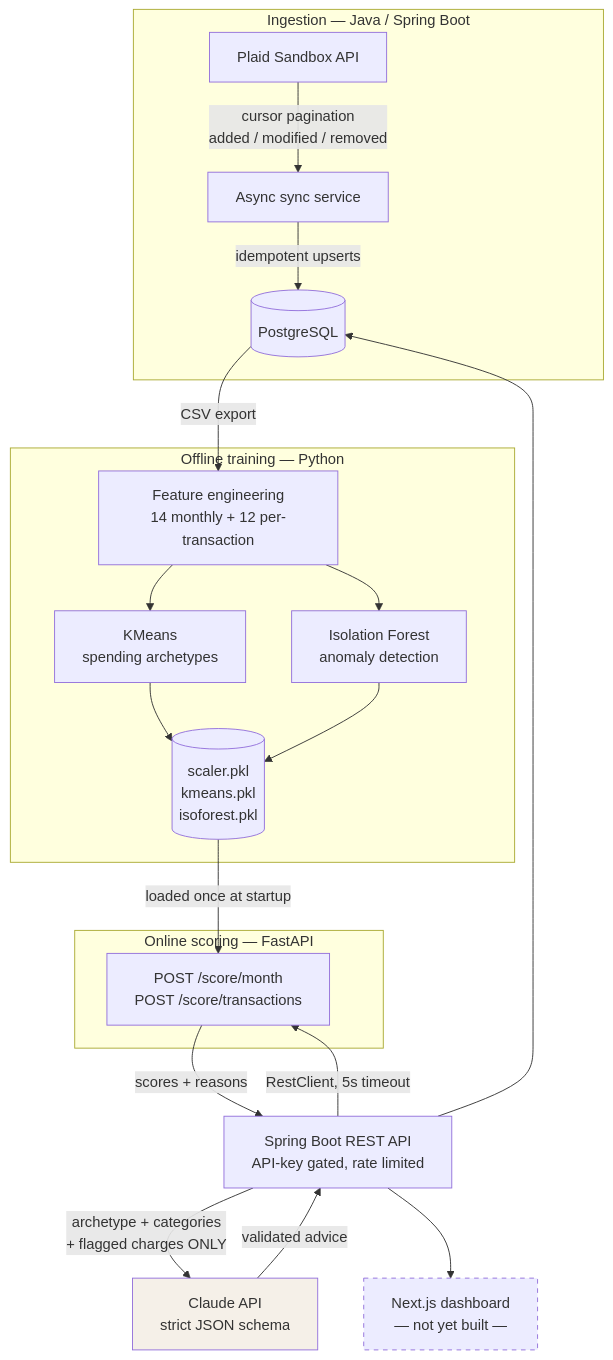
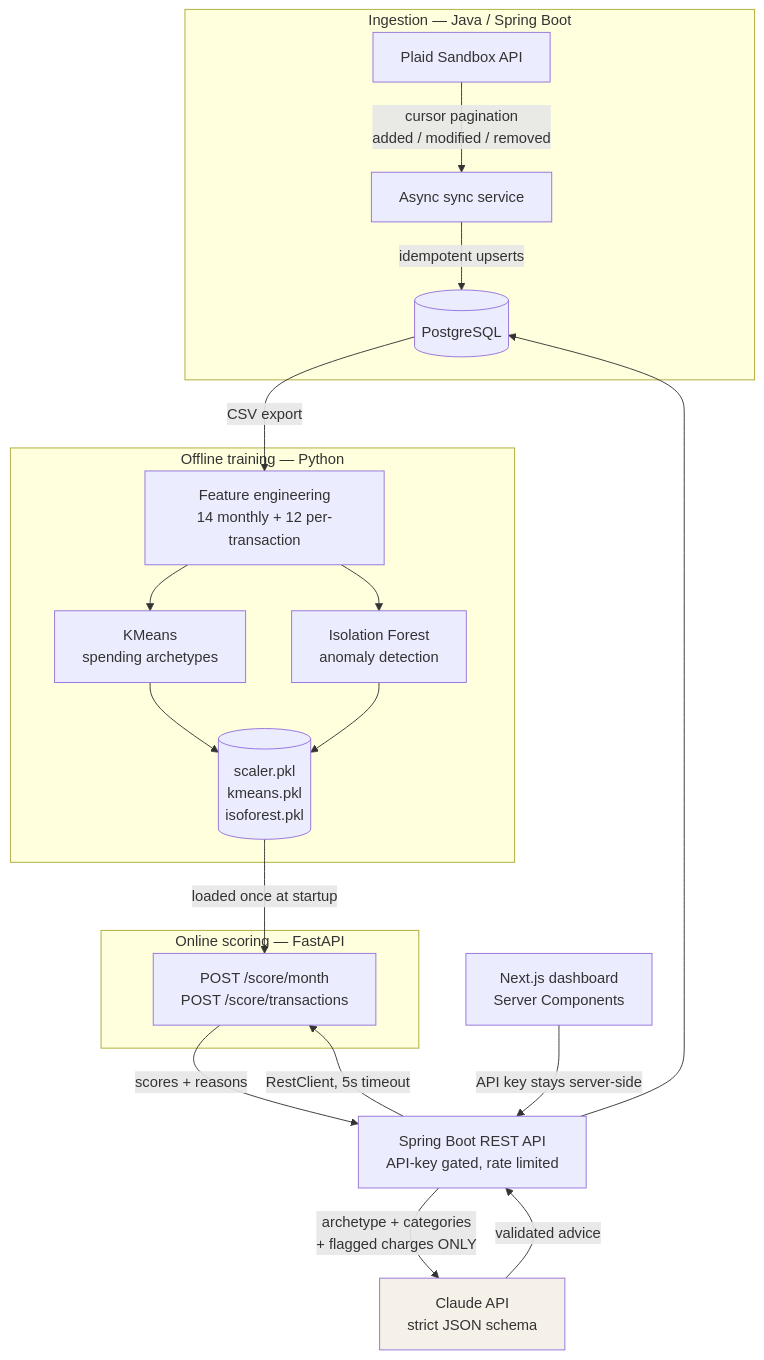
One commit to BenYang12/Personal-Spending-Analytics changed the diagram in README.md. Above: the diagram before and after it, drawn with Mermaid. The commit also changed other lines of this file and 15 other files, not shown here.

````diff
--- a/README.md
+++ b/README.md
@@ -73,28 +101,27 @@
 ```mermaid
 flowchart TB
     subgraph ingest["Ingestion — Java / Spring Boot"]
         plaid[Plaid Sandbox API] -->|cursor pagination<br/>added / modified / removed| sync[Async sync service]
         sync -->|idempotent upserts| pg[(PostgreSQL)]
     end
 
     subgraph offline["Offline training — Python"]
         pg -->|CSV export| feat[Feature engineering<br/>14 monthly + 12 per-transaction]
         feat --> km[KMeans<br/>spending archetypes]
         feat --> iso[Isolation Forest<br/>anomaly detection]
         km & iso --> pkl[(scaler.pkl<br/>kmeans.pkl<br/>isoforest.pkl)]
     end
 
     subgraph online["Online scoring — FastAPI"]
         pkl -->|loaded once at startup| score[POST /score/month<br/>POST /score/transactions]
     end
 
     api[Spring Boot REST API<br/>API-key gated, rate limited] -->|RestClient, 5s timeout| score
     score -->|scores + reasons| api
     api --> pg
     api -->|archetype + categories<br/>+ flagged charges ONLY| claude[Claude API<br/>strict JSON schema]
     claude -->|validated advice| api
-    api --> ui[Next.js dashboard<br/>— not yet built —]
+    ui[Next.js dashboard<br/>Server Components] -->|API key stays server-side| api
 
-    style ui stroke-dasharray: 5 5
     style claude fill:#f5f0e8
 ```
````
